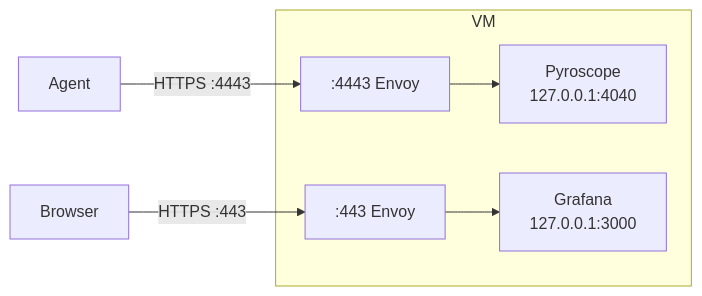
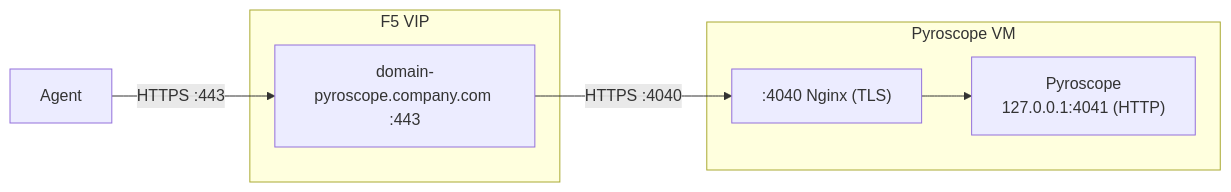
Before and after one commit to aff0gat000/pyroscope: diagram 13 of 15 in docs/deployment-guide.md, drawn with Mermaid. The commit also changed other lines of this file and 1 other file, not shown here.

First line of the commit message:
Update TLS docs for F5 VIP + Nginx proxy architecture

````diff
--- a/docs/deployment-guide.md
+++ b/docs/deployment-guide.md
@@ -1543,9 +1642,11 @@
 ```mermaid
 graph LR
-    subgraph VM
-        E4443[":4443 Envoy"] --> P["Pyroscope<br/>127.0.0.1:4040"]
-        E443[":443 Envoy"] --> G["Grafana<br/>127.0.0.1:3000"]
+    subgraph F5["F5 VIP"]
+        VIP["domain-pyroscope.company.com :443"]
     end
-    Agent -->|HTTPS :4443| E4443
-    Browser -->|HTTPS :443| E443
+    subgraph VM["Pyroscope VM"]
+        N[":4040 Nginx (TLS)"] --> P["Pyroscope<br/>127.0.0.1:4041 (HTTP)"]
+    end
+    Agent -->|HTTPS :443| VIP
+    VIP -->|HTTPS :4040| N
 ```
````
